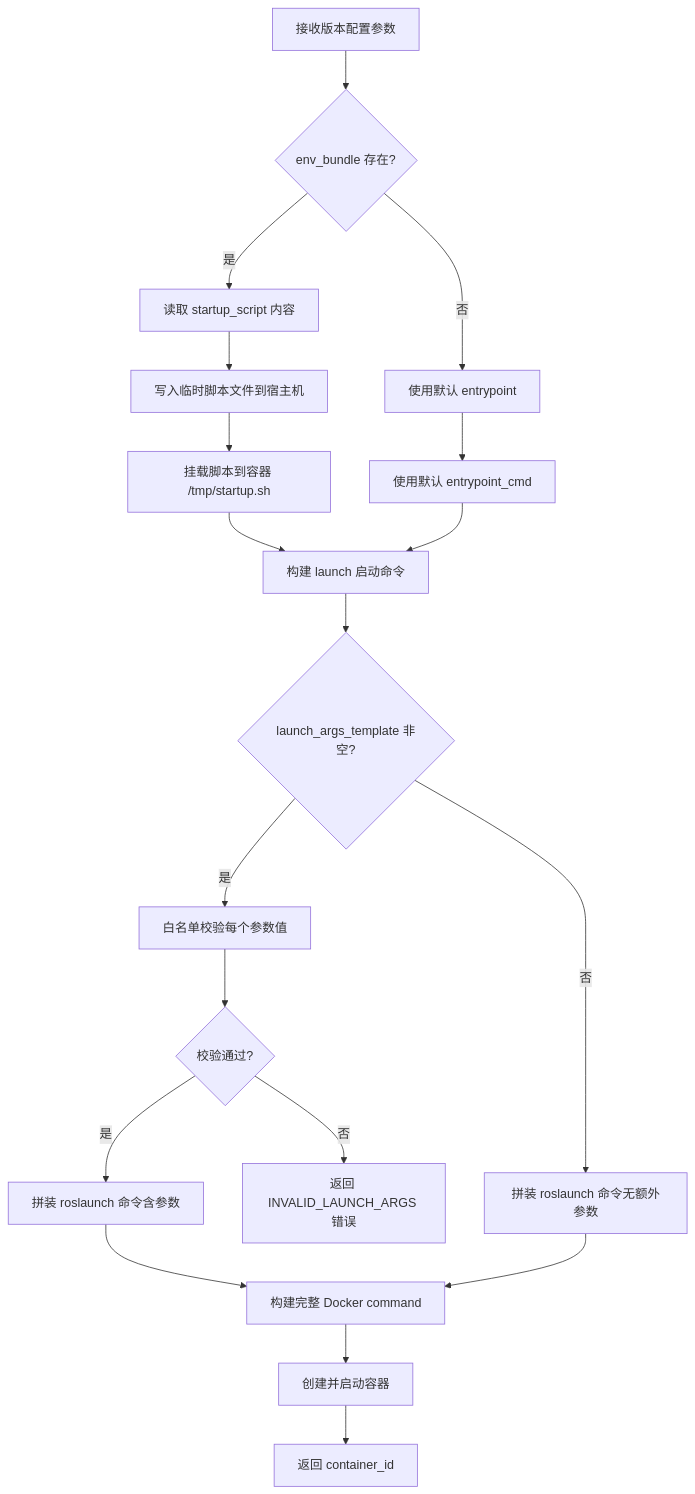
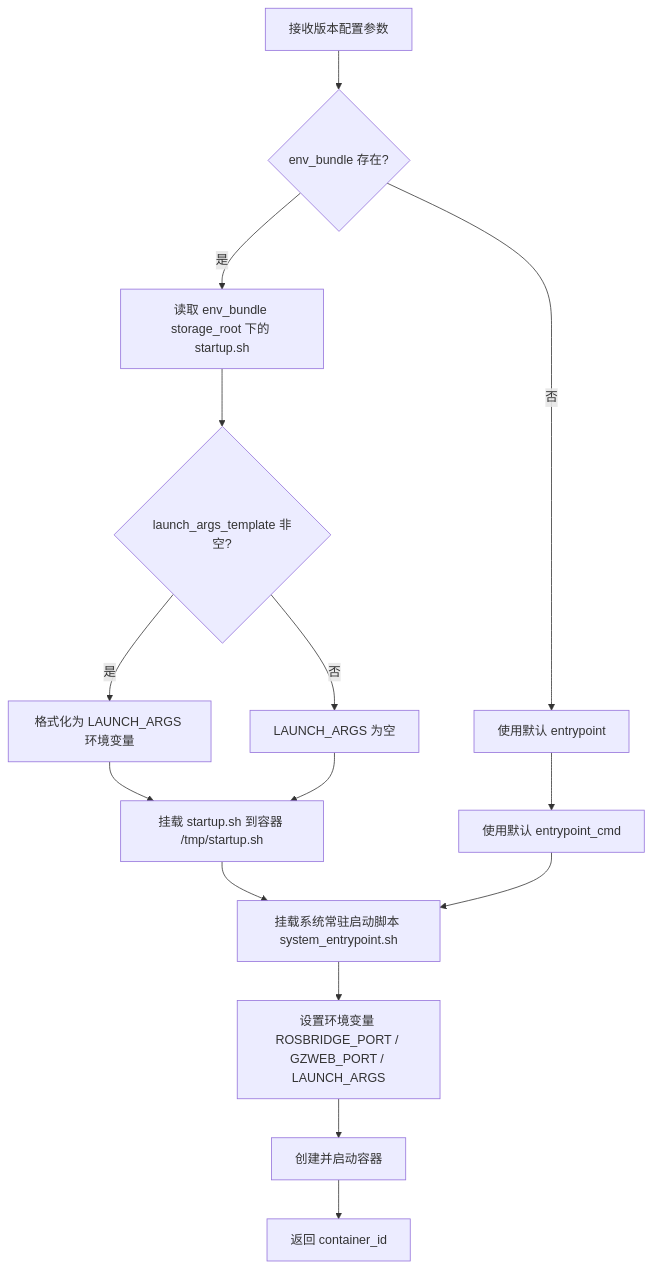
The third of 6 diagrams in docs/第10期/SDD-第10期补充：实验管理增强与资源管理体系.md (Thouder03/edubot-twin), drawn with Mermaid before and after one commit. The commit also changed other lines of this file, not shown here.

````diff
--- a/docs/第10期/SDD-第10期补充：实验管理增强与资源管理体系.md
+++ b/docs/第10期/SDD-第10期补充：实验管理增强与资源管理体系.md
@@ -252,21 +269,17 @@
 ```mermaid
 flowchart TD
   A[接收版本配置参数] --> B{env_bundle 存在?}
-  B -->|是| C[读取 startup_script 内容]
+  B -->|是| C[读取 env_bundle storage_root 下的 startup.sh]
   B -->|否| D[使用默认 entrypoint]
-  C --> E[写入临时脚本文件到宿主机]
-  E --> F[挂载脚本到容器 /tmp/startup.sh]
-  D --> F2[使用默认 entrypoint_cmd]
-  F --> G[构建 launch 启动命令]
-  F2 --> G
-  G --> H{launch_args_template 非空?}
-  H -->|是| I[白名单校验每个参数值]
-  I --> J{校验通过?}
-  J -->|是| K[拼装 roslaunch 命令含参数]
-  J -->|否| L[返回 INVALID_LAUNCH_ARGS 错误]
-  H -->|否| K2[拼装 roslaunch 命令无额外参数]
-  K --> M[构建完整 Docker command]
-  K2 --> M
-  M --> N[创建并启动容器]
+  C --> E{launch_args_template 非空?}
+  E -->|是| G["格式化为 LAUNCH_ARGS 环境变量"]
+  E -->|否| G2[LAUNCH_ARGS 为空]
+  G --> H[挂载 startup.sh 到容器 /tmp/startup.sh]
+  G2 --> H
+  D --> H2[使用默认 entrypoint_cmd]
+  H --> M["挂载系统常驻启动脚本 system_entrypoint.sh"]
+  H2 --> M
+  M --> M2["设置环境变量 ROSBRIDGE_PORT / GZWEB_PORT / LAUNCH_ARGS"]
+  M2 --> N[创建并启动容器]
   N --> O[返回 container_id]
 ```
````
